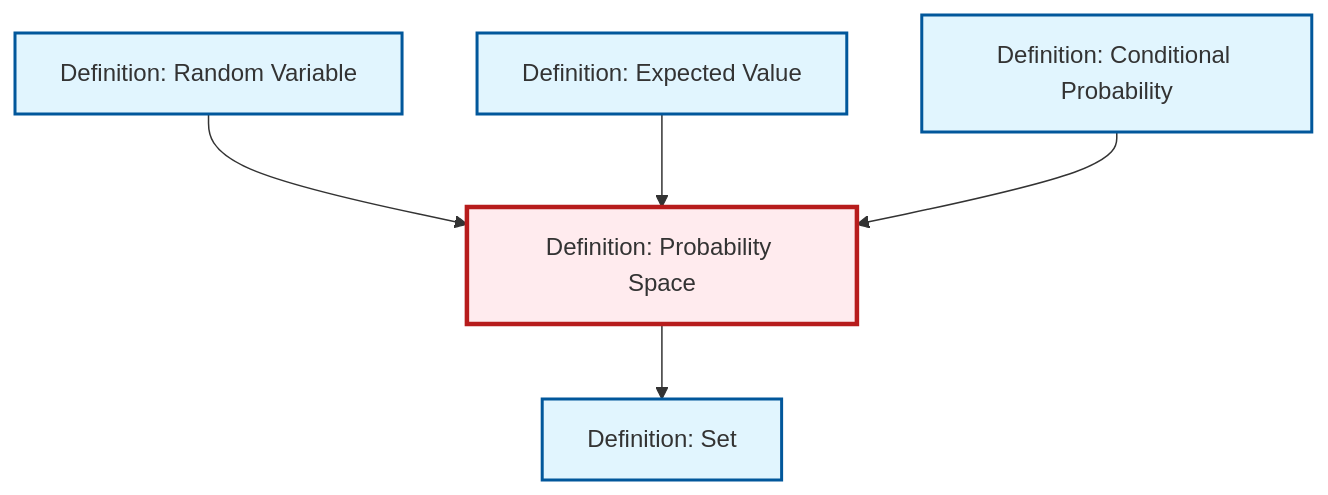
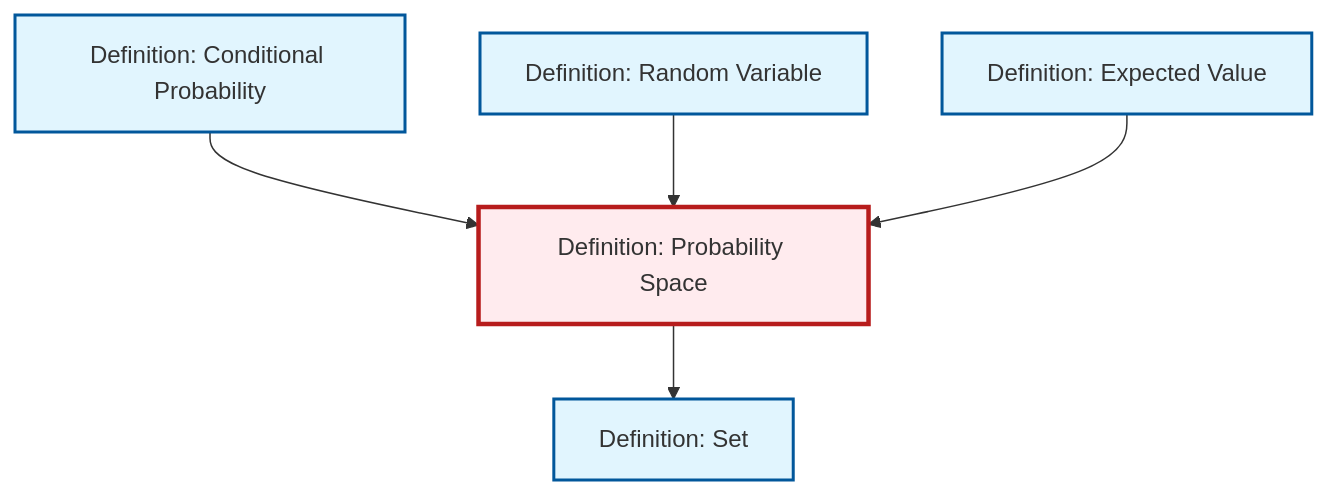
One commit to RK0429/ModernMath changed the diagram in content/ja/probability-statistics/def-probability-space.qmd. Above: the diagram before and after it, drawn with Mermaid. The commit also changed other lines of this file and 434 other files, not shown here.

````diff
--- a/content/ja/probability-statistics/def-probability-space.qmd
+++ b/content/ja/probability-statistics/def-probability-space.qmd
@@ -47,23 +47,23 @@
 ```{mermaid}
 %%| fig-cap: "Local dependency graph"
 graph TD
     classDef definition fill:#e1f5fe,stroke:#01579b,stroke-width:2px
     classDef theorem fill:#f3e5f5,stroke:#4a148c,stroke-width:2px
     classDef axiom fill:#fff3e0,stroke:#e65100,stroke-width:2px
     classDef example fill:#e8f5e9,stroke:#1b5e20,stroke-width:2px
     classDef current fill:#ffebee,stroke:#b71c1c,stroke-width:3px
+    def-set["Definition: Set"]:::definition
     def-expectation["Definition: Expected Value"]:::definition
     def-probability-space["Definition: Probability Space"]:::definition
-    def-set["Definition: Set"]:::definition
+    def-conditional-probability["Definition: Conditional Probability"]:::definition
     def-random-variable["Definition: Random Variable"]:::definition
-    def-conditional-probability["Definition: Conditional Probability"]:::definition
+    def-conditional-probability --> def-probability-space
     def-random-variable --> def-probability-space
+    def-expectation --> def-probability-space
     def-probability-space --> def-set
-    def-expectation --> def-probability-space
-    def-conditional-probability --> def-probability-space
     class def-probability-space current
+    click def-set "def-set.html" "Definition: Setへ"
     click def-expectation "def-expectation.html" "Definition: Expected Valueへ"
-    click def-set "def-set.html" "Definition: Setへ"
+    click def-conditional-probability "def-conditional-probability.html" "Definition: Conditional Probabilityへ"
     click def-random-variable "def-random-variable.html" "Definition: Random Variableへ"
-    click def-conditional-probability "def-conditional-probability.html" "Definition: Conditional Probabilityへ"
 ```
````
